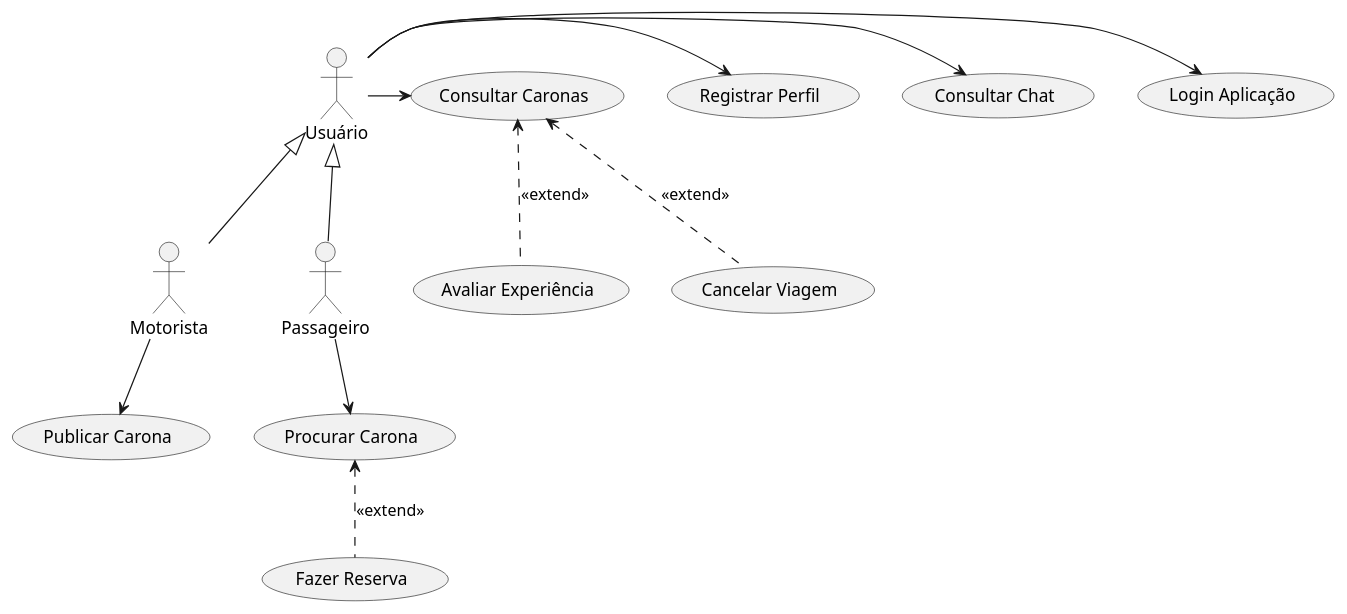
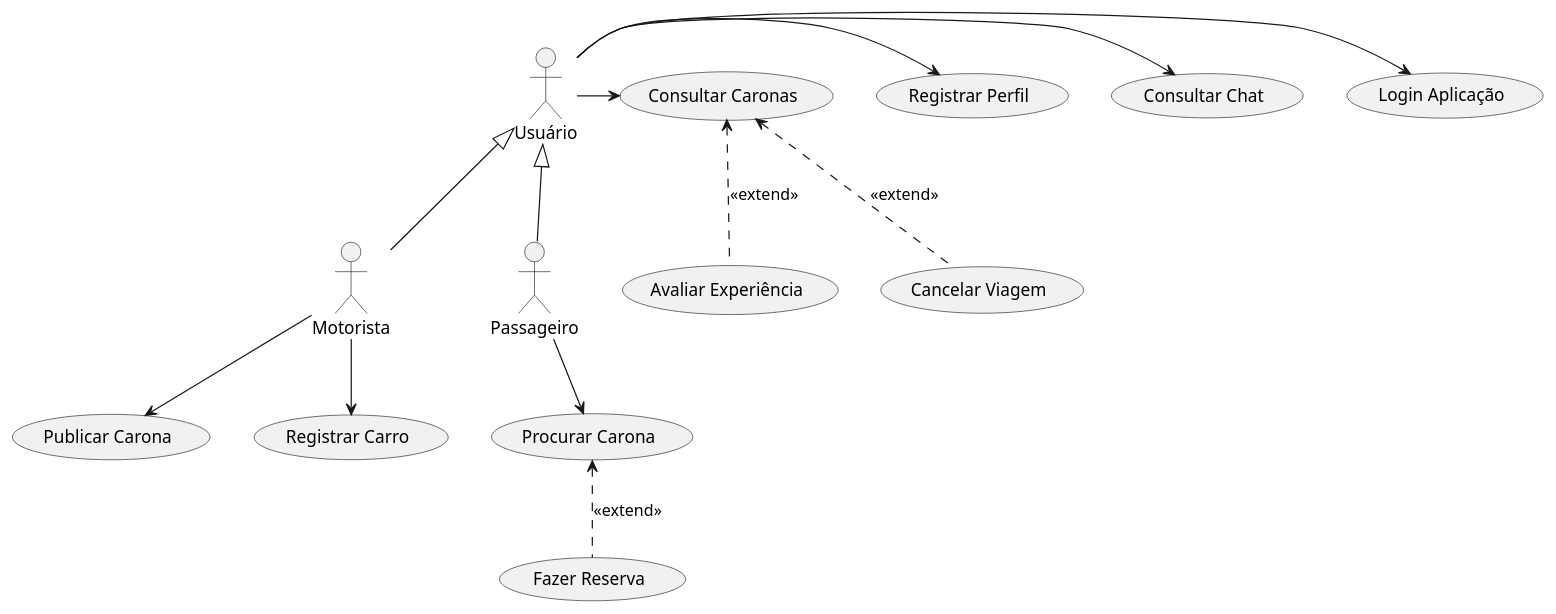
The diagram in docs/usecase/usecases.puml (Pesagniya/FATEC-Ride), drawn with PlantUML before and after one commit.

Commit message:
Update usecases.puml
new UC10

```diff
--- a/docs/usecase/usecases.puml
+++ b/docs/usecase/usecases.puml
@@ -1,34 +1,36 @@
 @startuml
 skinparam packageStyle rectangle
 
 actor Usuário as user
 actor Motorista as driver
 actor Passageiro as passenger
 
 user <|-- driver
 user <|-- passenger
   
 usecase "Publicar Carona" as publicate
 usecase "Fazer Reserva" as interest
 usecase "Avaliar Experiência" as rateExp
 usecase "Procurar Carona" as search
 usecase "Cancelar Viagem" as cancel
 usecase "Registrar Perfil" as register
 usecase "Login Aplicação" as login
 usecase "Consultar Chat" as talk
 usecase "Consultar Caronas" as consult
+usecase "Registrar Carro" as car
 
 search <.. interest  : <<extend>>
 consult <.. cancel  : <<extend>>
 consult <.. rateExp  : <<extend>>
 
 user -> login
 user -> talk
 user -> register
 user -> consult
 
+driver --> car
 driver --> publicate
 
 passenger --> search
 
 @enduml
```
